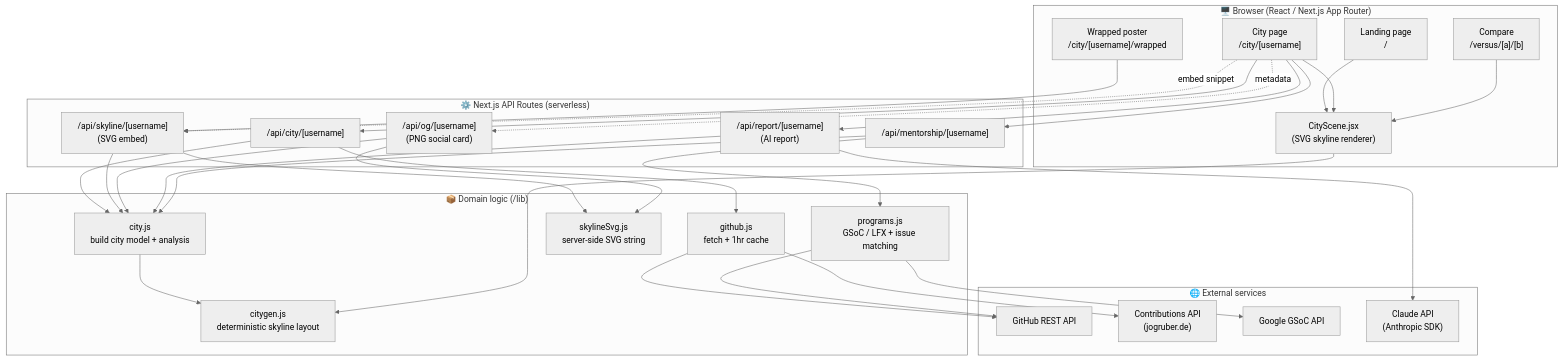
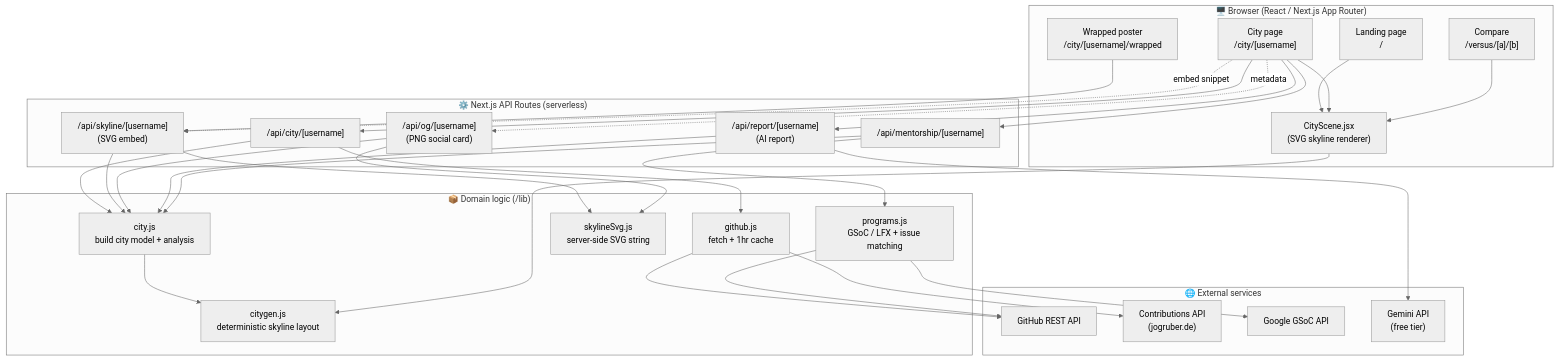
Before and after one commit to anushkagupta200615-jpg/Commit-city: the diagram in README.md, drawn with Mermaid (neutral theme). The commit also changed other lines of this file and 8 other files, not shown here.

First line of the commit message:
Switch AI features from Claude to Gemini free tier

````diff
--- a/README.md
+++ b/README.md
@@ -68,63 +68,63 @@
 ```mermaid
 flowchart TD
     subgraph Client["🖥️ Browser (React / Next.js App Router)"]
         Landing["Landing page<br/>/"]
         CityPage["City page<br/>/city/[username]"]
         Versus["Compare<br/>/versus/[a]/[b]"]
         Wrapped["Wrapped poster<br/>/city/[username]/wrapped"]
         Scene["CityScene.jsx<br/>(SVG skyline renderer)"]
     end
 
     subgraph API["⚙️ Next.js API Routes (serverless)"]
         CityAPI["/api/city/[username]"]
         SkylineAPI["/api/skyline/[username]<br/>(SVG embed)"]
         OgAPI["/api/og/[username]<br/>(PNG social card)"]
         ReportAPI["/api/report/[username]<br/>(AI report)"]
         MentorAPI["/api/mentorship/[username]"]
     end
 
     subgraph Lib["📦 Domain logic (/lib)"]
         GitHub["github.js<br/>fetch + 1hr cache"]
         City["city.js<br/>build city model + analysis"]
         CityGen["citygen.js<br/>deterministic skyline layout"]
         SkylineSvg["skylineSvg.js<br/>server-side SVG string"]
         Programs["programs.js<br/>GSoC / LFX + issue matching"]
     end
 
     subgraph External["🌐 External services"]
         GHApi["GitHub REST API"]
         Contrib["Contributions API<br/>(jogruber.de)"]
         GSoC["Google GSoC API"]
-        Claude["Claude API<br/>(Anthropic SDK)"]
+        Claude["Gemini API<br/>(free tier)"]
     end
 
     Landing --> Scene
     CityPage --> Scene
     Versus --> Scene
 
     CityPage --> CityAPI
     CityPage --> ReportAPI
     CityPage --> MentorAPI
     Wrapped --> SkylineAPI
     CityPage -. embed snippet .-> SkylineAPI
     CityPage -. metadata .-> OgAPI
 
     CityAPI --> GitHub
     CityAPI --> City
     SkylineAPI --> City
     SkylineAPI --> SkylineSvg
     OgAPI --> City
     OgAPI --> SkylineSvg
     ReportAPI --> City
     MentorAPI --> City
     MentorAPI --> Programs
 
     City --> CityGen
     Scene --> CityGen
 
     GitHub --> GHApi
     GitHub --> Contrib
     Programs --> GSoC
     Programs --> GHApi
     ReportAPI --> Claude
 ```
````
